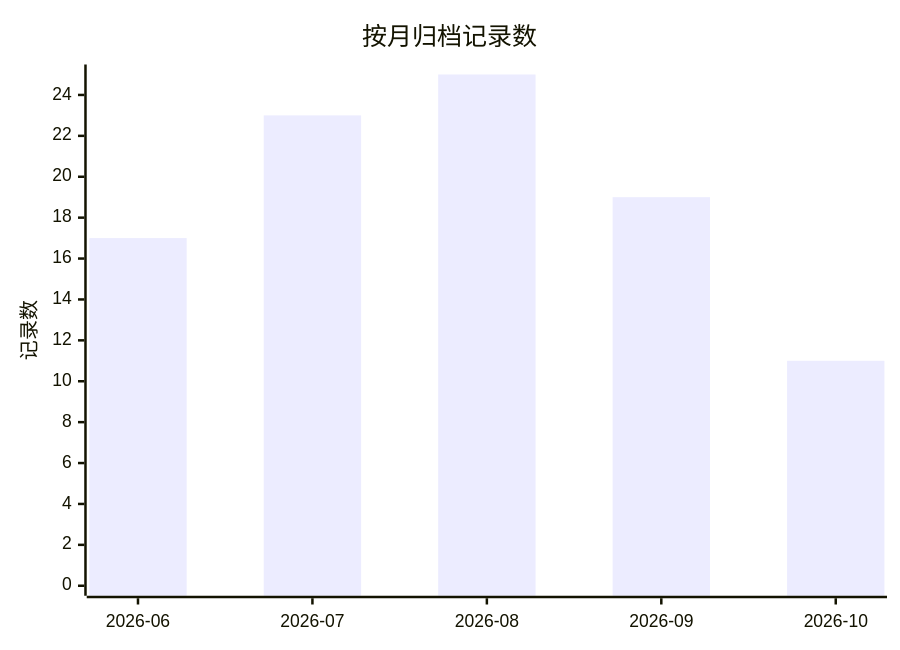
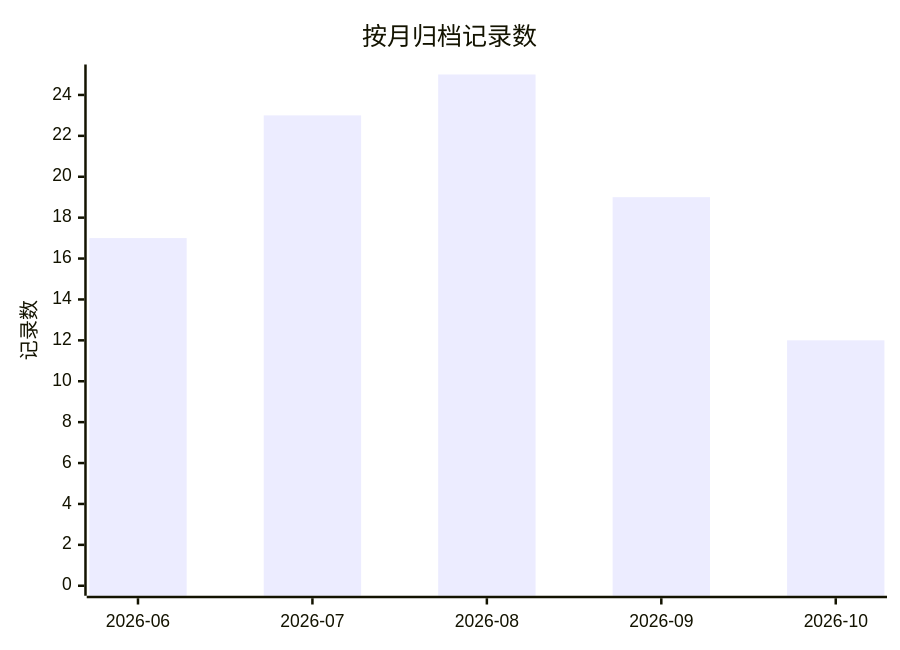
Before and after one commit to golddream-y/obsidian-ratel: the first of 2 diagrams in docs/superpowers/ARCHIVE.md, drawn with Mermaid. The commit also changed other lines of this file and 5 other files, not shown here.

````diff
--- a/docs/superpowers/ARCHIVE.md
+++ b/docs/superpowers/ARCHIVE.md
@@ -16,7 +16,7 @@
 ```mermaid
 xychart-beta
     title "按月归档记录数"
     x-axis ["2026-06", "2026-07", "2026-08", "2026-09", "2026-10"]
     y-axis "记录数" 0 --> 25
-    bar [17, 23, 25, 19, 11]
+    bar [17, 23, 25, 19, 12]
 ```
````
